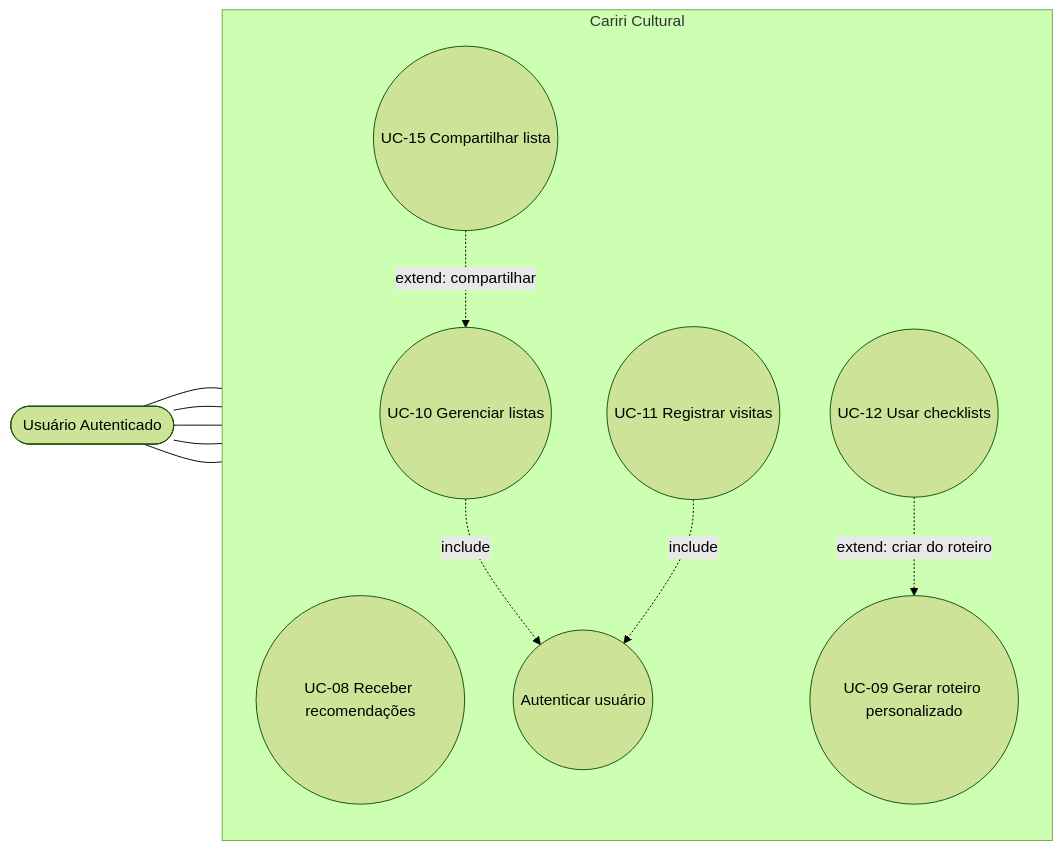
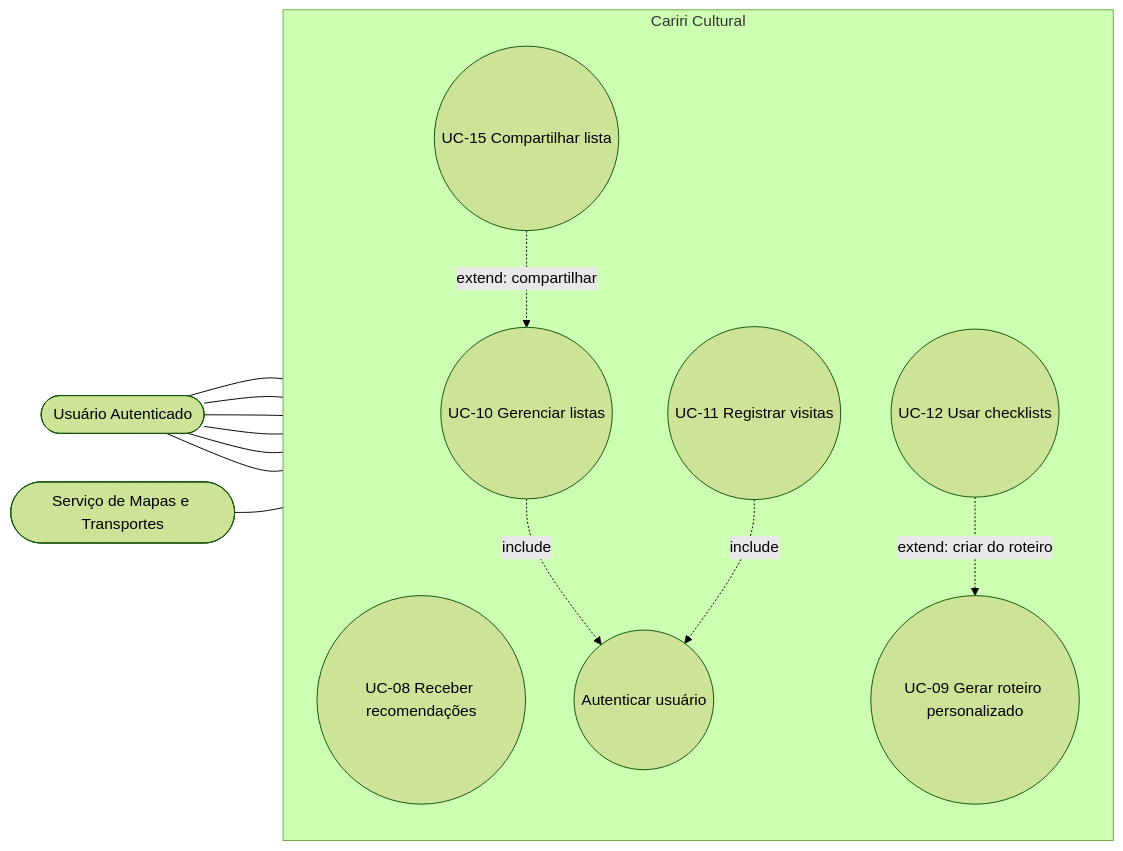
One commit to alan-mendes-ufca/CaririCultural changed the fourth of 5 diagrams in home/user-cases/use-cases-diagram.md. Above: the diagram before and after it, drawn with Mermaid (forest theme). The commit also changed other lines of this file and 6 other files, not shown here.

````diff
--- a/home/user-cases/use-cases-diagram.md
+++ b/home/user-cases/use-cases-diagram.md
@@ -142,29 +148,31 @@
 ```mermaid
 flowchart LR
     %% Atores
     U([Usuário Autenticado])
+    MAP([Serviço de Mapas e Transportes])
 
     %% Fronteira
     subgraph CC [Cariri Cultural]
         direction TB
         UC08((UC-08 Receber recomendações))
         UC09((UC-09 Gerar roteiro personalizado))
         UC10((UC-10 Gerenciar listas))
         UC11((UC-11 Registrar visitas))
         UC12((UC-12 Usar checklists))
         UC15((UC-15 Compartilhar lista))
 
         %% Includes
         AUTH((Autenticar usuário))
     end
 
     %% Relações Ator -> Caso de Uso
-    U --- UC08 & UC09 & UC10 & UC11 & UC12
+    U --- UC08 & UC09 & UC10 & UC11 & UC12 & UC15
+    MAP --- UC09
 
     %% Relações Include / Extend
     UC10 -.->|include| AUTH
     UC11 -.->|include| AUTH
 
     UC15 -.->|extend: compartilhar| UC10
     UC12 -.->|extend: criar do roteiro| UC09
 ```
````
